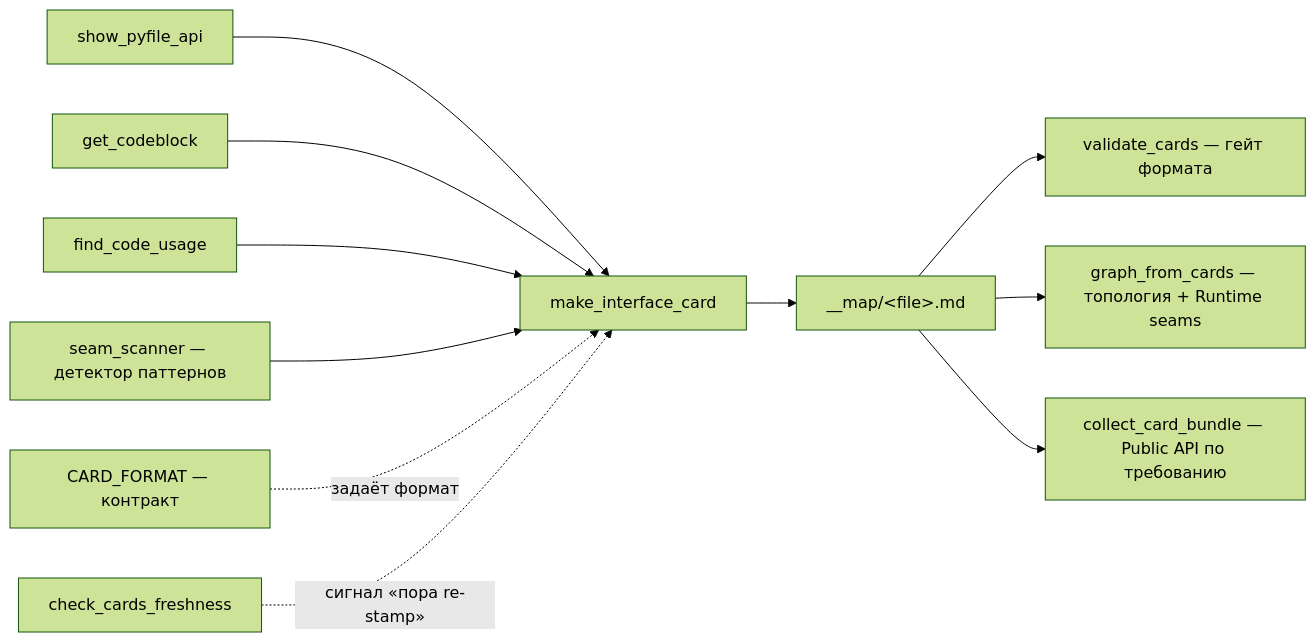
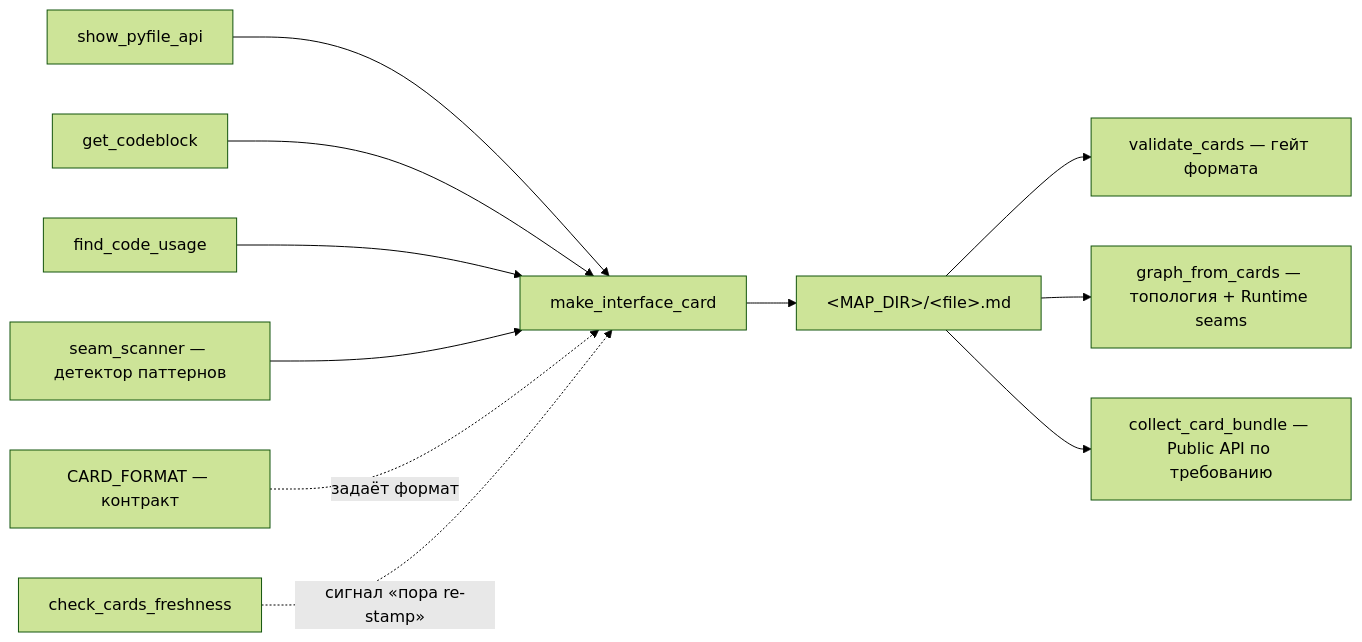
One commit to seneelya/Project-Context-Box-Tools changed the diagram in make_interface_card__README.md. Above: the diagram before and after it, drawn with Mermaid (forest theme). The commit also changed other lines of this file and 8 other files, not shown here.

````diff
--- a/make_interface_card__README.md
+++ b/make_interface_card__README.md
@@ -186,13 +193,13 @@
 ```mermaid
 flowchart LR
     SPA[show_pyfile_api] --> MIC[make_interface_card]
     GCB[get_codeblock] --> MIC
     FCU[find_code_usage] --> MIC
     SS[seam_scanner — детектор паттернов] --> MIC
     CF[CARD_FORMAT — контракт] -.задаёт формат.-> MIC
-    MIC --> CARD["__map/&lt;file&gt;.md"]
+    MIC --> CARD["&lt;MAP_DIR&gt;/&lt;file&gt;.md"]
     CARD --> VC[validate_cards — гейт формата]
     CARD --> GFC[graph_from_cards — топология + Runtime seams]
     CARD --> CCB[collect_card_bundle — Public API по требованию]
     CCF[check_cards_freshness] -.сигнал «пора re-stamp».-> MIC
 ```
````
